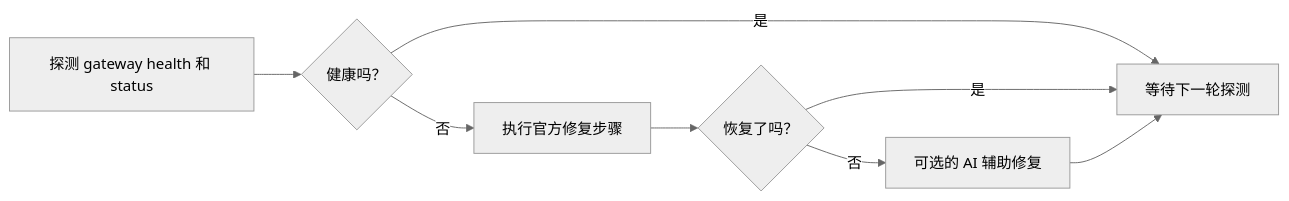
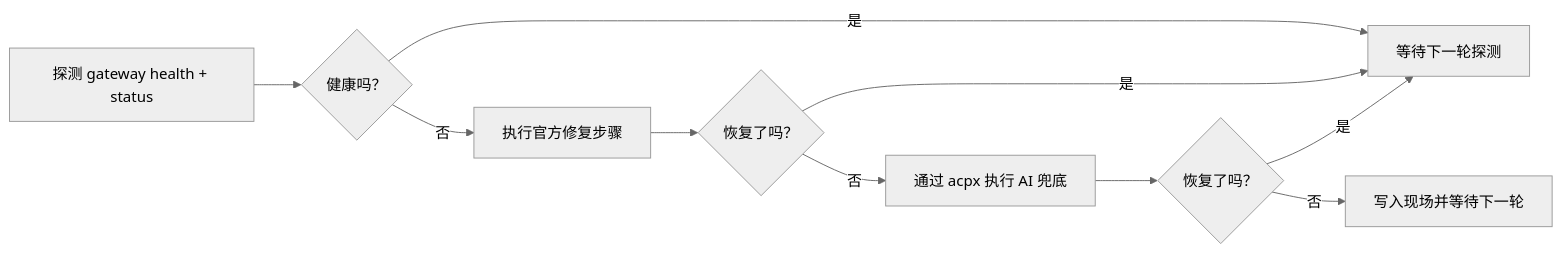
Before and after one commit to bit-cook/fix-my-claw: the diagram in README_ZH.md, drawn with Mermaid (neutral theme). The commit also changed other lines of this file and 1 other file, not shown here.

````diff
--- a/README_ZH.md
+++ b/README_ZH.md
@@ -15,10 +16,12 @@
 ```mermaid
 flowchart LR
-  A["探测 gateway health 和 status"] --> B{"健康吗？"}
+  A["探测 gateway health + status"] --> B{"健康吗？"}
   B -->|"是"| C["等待下一轮探测"]
   B -->|"否"| D["执行官方修复步骤"]
   D --> E{"恢复了吗？"}
   E -->|"是"| C
-  E -->|"否"| F["可选的 AI 辅助修复"]
-  F --> C
+  E -->|"否"| F["通过 acpx 执行 AI 兜底"]
+  F --> G{"恢复了吗？"}
+  G -->|"是"| C
+  G -->|"否"| H["写入现场并等待下一轮"]
 ```
````
